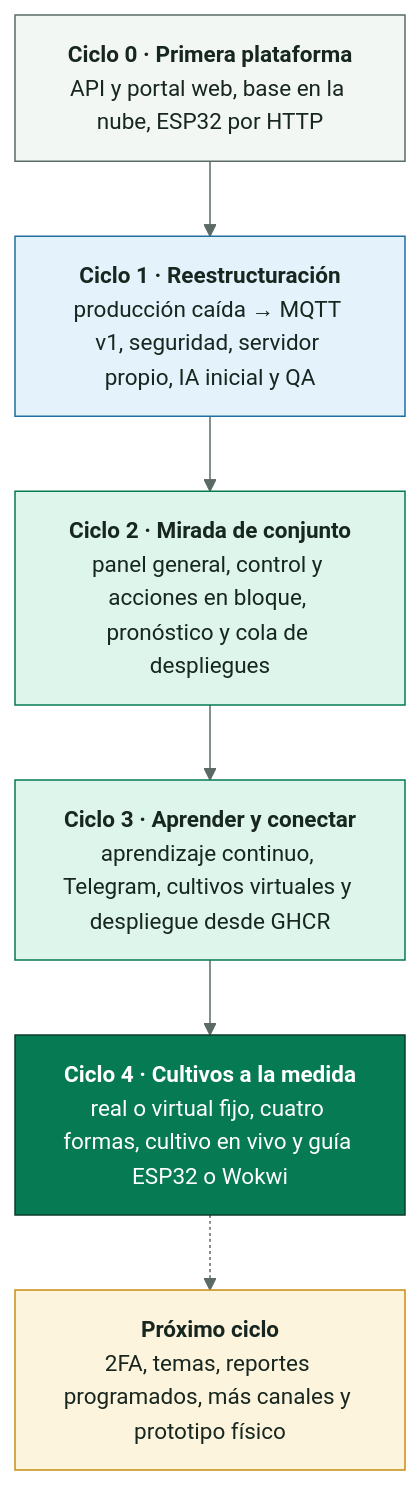
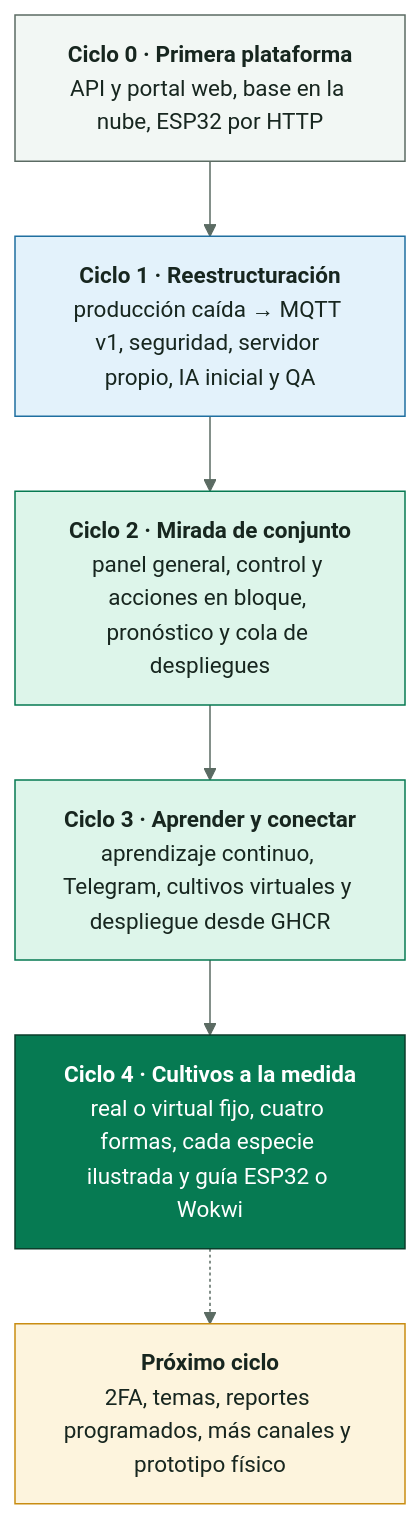
Before and after one commit to SmartPotTech/.github: the diagram in docs/diagrams/SmartPot_35_Improvement_Cycles.mmd, drawn with Mermaid.

Commit message:
Mention illustrated species in the improvement cycles

```diff
--- a/docs/diagrams/SmartPot_35_Improvement_Cycles.mmd
+++ b/docs/diagrams/SmartPot_35_Improvement_Cycles.mmd
@@ -1,22 +1,22 @@
 %%{init: {"theme": "base", "fontFamily": "Segoe UI, Arial, sans-serif", "themeVariables": {"fontFamily": "Segoe UI, Arial, sans-serif", "fontSize": "15px", "primaryColor": "#DDF5EA", "primaryTextColor": "#17261F", "primaryBorderColor": "#067A52", "secondaryColor": "#E3F2FB", "secondaryTextColor": "#17261F", "secondaryBorderColor": "#1F6FA0", "tertiaryColor": "#F2F7F4", "tertiaryTextColor": "#17261F", "tertiaryBorderColor": "#D5E3DC", "lineColor": "#5B6B63", "textColor": "#17261F", "mainBkg": "#DDF5EA", "nodeBorder": "#067A52", "clusterBkg": "#F7FAF8", "clusterBorder": "#D5E3DC", "edgeLabelBackground": "#FFFFFF", "actorBkg": "#067A52", "actorBorder": "#0B3D2B", "actorTextColor": "#FFFFFF", "actorLineColor": "#5B6B63", "signalColor": "#17261F", "signalTextColor": "#17261F", "labelBoxBkgColor": "#0B3D2B", "labelBoxBorderColor": "#0B3D2B", "labelTextColor": "#FFFFFF", "loopTextColor": "#0B3D2B", "noteBkgColor": "#FDF4DD", "noteBorderColor": "#C98D12", "noteTextColor": "#17261F", "activationBkgColor": "#DDF5EA", "activationBorderColor": "#067A52", "attributeBackgroundColorOdd": "#FFFFFF", "attributeBackgroundColorEven": "#F2F7F4"}}}%%
 flowchart TB
   c0["<b>Ciclo 0 · Primera plataforma</b><br/>API y portal web, base en la nube, ESP32 por HTTP"]
   c1["<b>Ciclo 1 · Reestructuración</b><br/>producción caída → MQTT v1, seguridad, servidor propio, IA inicial y QA"]
   c2["<b>Ciclo 2 · Mirada de conjunto</b><br/>panel general, control y acciones en bloque, pronóstico y cola de despliegues"]
   c3["<b>Ciclo 3 · Aprender y conectar</b><br/>aprendizaje continuo, Telegram, cultivos virtuales y despliegue desde GHCR"]
-  c4["<b>Ciclo 4 · Cultivos a la medida</b><br/>real o virtual fijo, cuatro formas, cultivo en vivo y guía ESP32 o Wokwi"]
+  c4["<b>Ciclo 4 · Cultivos a la medida</b><br/>real o virtual fijo, cuatro formas, cada especie ilustrada y guía ESP32 o Wokwi"]
   c5["<b>Próximo ciclo</b><br/>2FA, temas, reportes programados, más canales y prototipo físico"]
   c0 --> c1 --> c2 --> c3 --> c4 -.-> c5
   classDef leaf fill:#DDF5EA,stroke:#067A52,color:#17261F
   classDef water fill:#E3F2FB,stroke:#1F6FA0,color:#17261F
   classDef sun fill:#FDF4DD,stroke:#C98D12,color:#17261F
   classDef clay fill:#FBE9E1,stroke:#B85A38,color:#17261F
   classDef core fill:#067A52,stroke:#0B3D2B,color:#FFFFFF
   classDef deep fill:#0B3D2B,stroke:#06281C,color:#FFFFFF
   classDef muted fill:#F2F7F4,stroke:#5B6B63,color:#17261F
   class c0 muted
   class c1 water
   class c2 leaf
   class c3 leaf
   class c4 core
   class c5 sun
```
